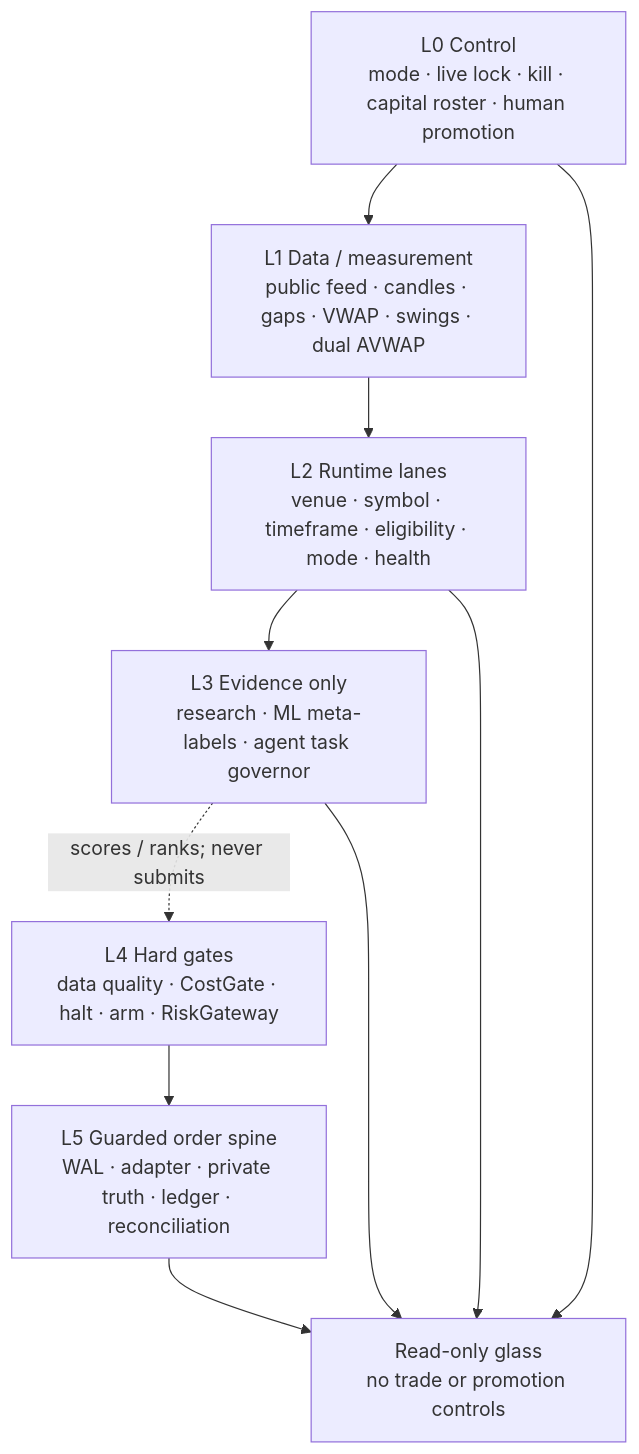
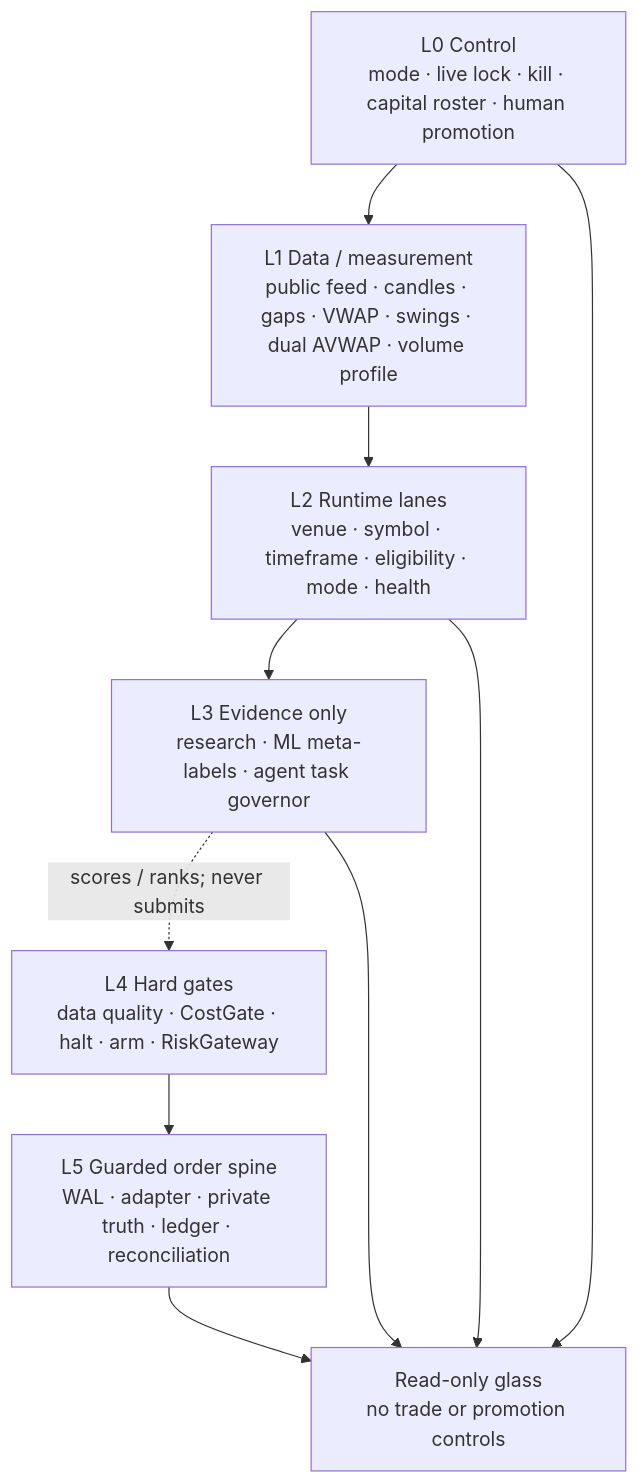
The second of 4 diagrams in docs/ARCHITECTURE_FLOW.md (vikkl1990/vnedge), drawn with Mermaid before and after one commit. The commit also changed 31 other files, not shown here.

````diff
--- a/docs/ARCHITECTURE_FLOW.md
+++ b/docs/ARCHITECTURE_FLOW.md
@@ -70,18 +70,18 @@
 ```mermaid
 flowchart TB
     Control["L0 Control<br/>mode · live lock · kill · capital roster · human promotion"]
-    Measure["L1 Data / measurement<br/>public feed · candles · gaps · VWAP · swings · dual AVWAP"]
+    Measure["L1 Data / measurement<br/>public feed · candles · gaps · VWAP · swings · dual AVWAP · volume profile"]
     Lanes["L2 Runtime lanes<br/>venue · symbol · timeframe · eligibility · mode · health"]
     Evidence["L3 Evidence only<br/>research · ML meta-labels · agent task governor"]
     Gates["L4 Hard gates<br/>data quality · CostGate · halt · arm · RiskGateway"]
     Orders["L5 Guarded order spine<br/>WAL · adapter · private truth · ledger · reconciliation"]
     Glass["Read-only glass<br/>no trade or promotion controls"]
 
     Control --> Measure --> Lanes --> Evidence
     Evidence -. "scores / ranks; never submits" .-> Gates
     Lanes --> Glass
     Control --> Glass
     Evidence --> Glass
     Gates --> Orders
     Orders --> Glass
 ```
````
